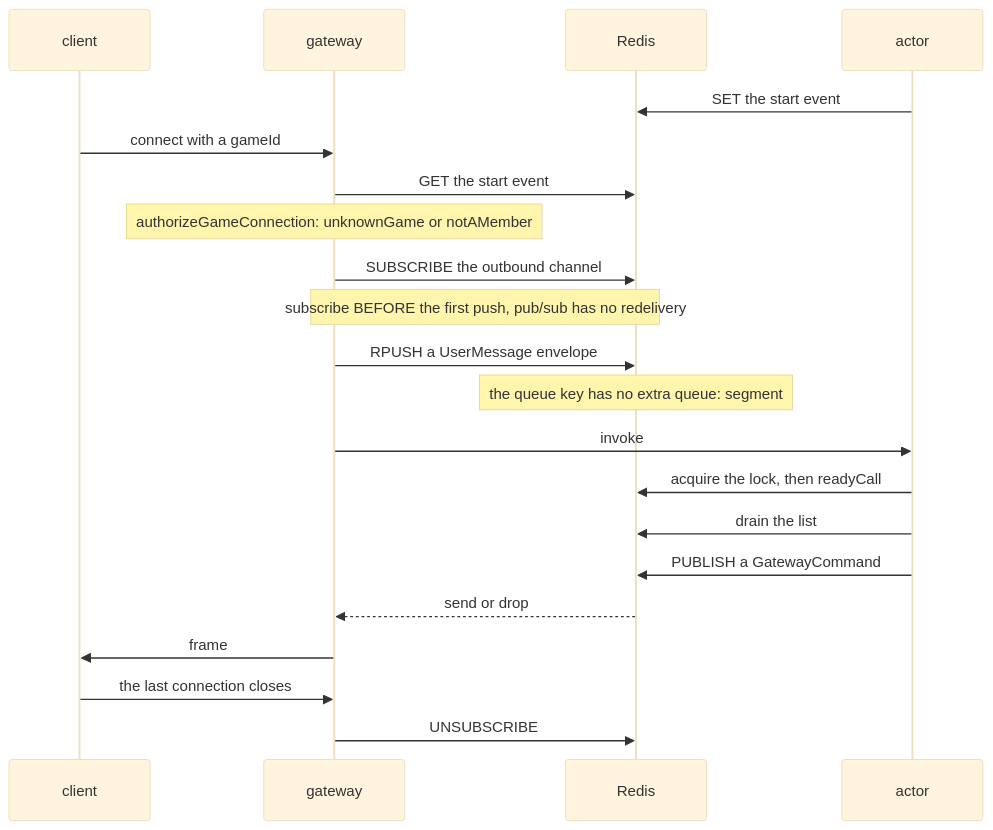
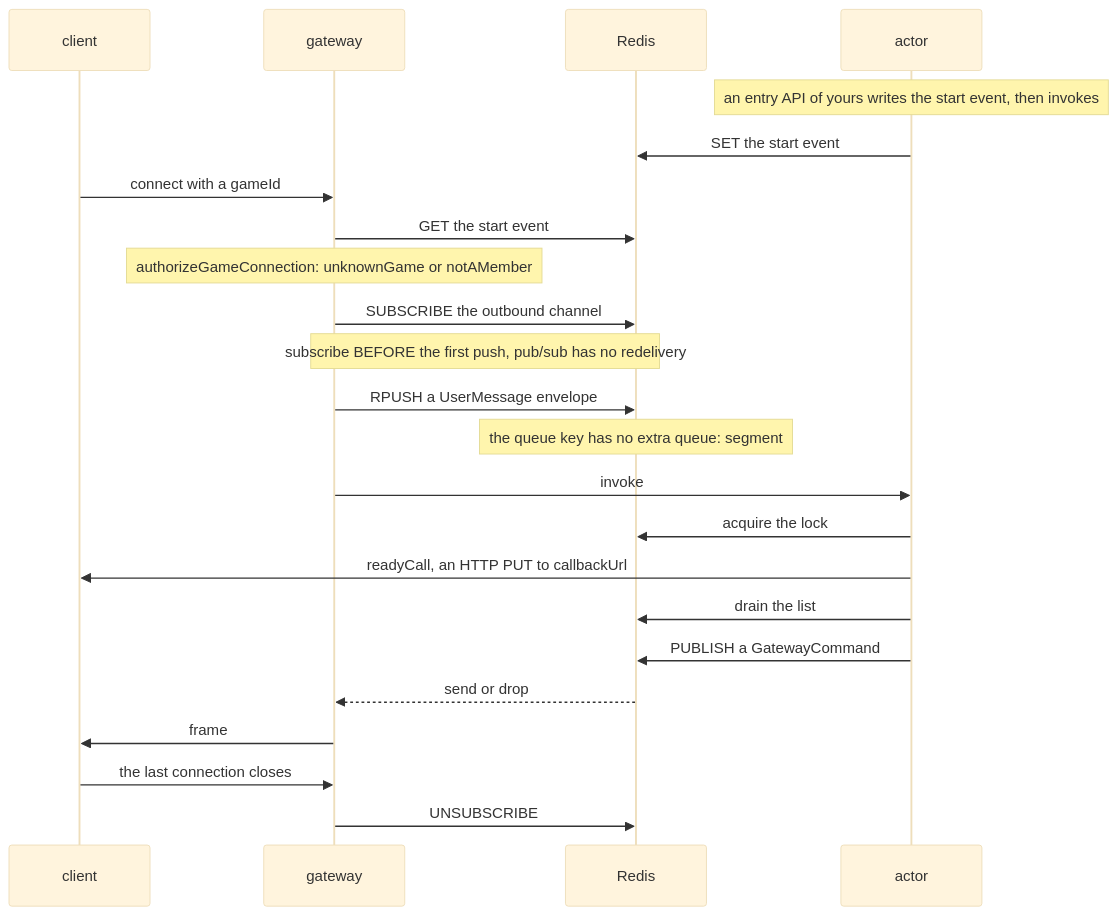
The second of 3 diagrams in docs/game-actor.md (yingyeothon/tslib), drawn with Mermaid (base theme) before and after one commit. The commit also changed other lines of this file and 27 other files, not shown here.

````diff
--- a/docs/game-actor.md
+++ b/docs/game-actor.md
@@ -71,23 +74,25 @@
 ```mermaid
 sequenceDiagram
   participant C as client
   participant G as gateway
   participant R as Redis
   participant A as actor
+  Note over A: an entry API of yours writes the start event, then invokes
   A->>R: SET the start event
   C->>G: connect with a gameId
   G->>R: GET the start event
   Note over G: authorizeGameConnection: unknownGame or notAMember
   G->>R: SUBSCRIBE the outbound channel
   Note over G,R: subscribe BEFORE the first push, pub/sub has no redelivery
   G->>R: RPUSH a UserMessage envelope
   Note over R: the queue key has no extra queue: segment
   G->>A: invoke
-  A->>R: acquire the lock, then readyCall
+  A->>R: acquire the lock
+  A->>C: readyCall, an HTTP PUT to callbackUrl
   A->>R: drain the list
   A->>R: PUBLISH a GatewayCommand
   R-->>G: send or drop
   G->>C: frame
   C->>G: the last connection closes
   G->>R: UNSUBSCRIBE
 ```
````
